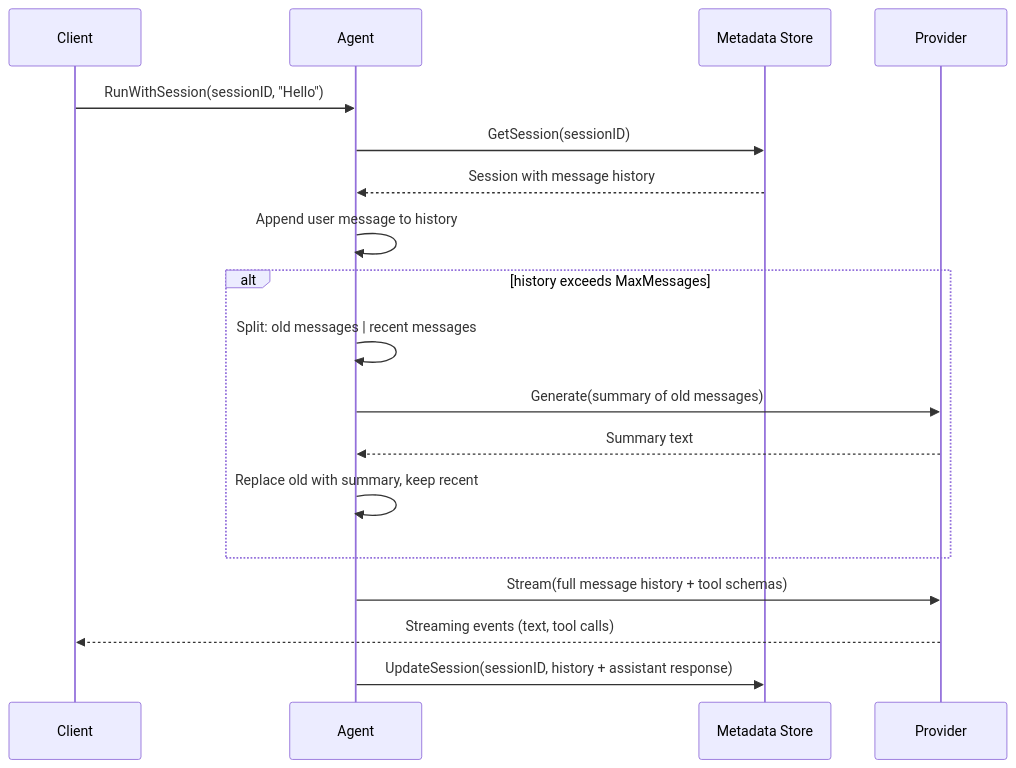
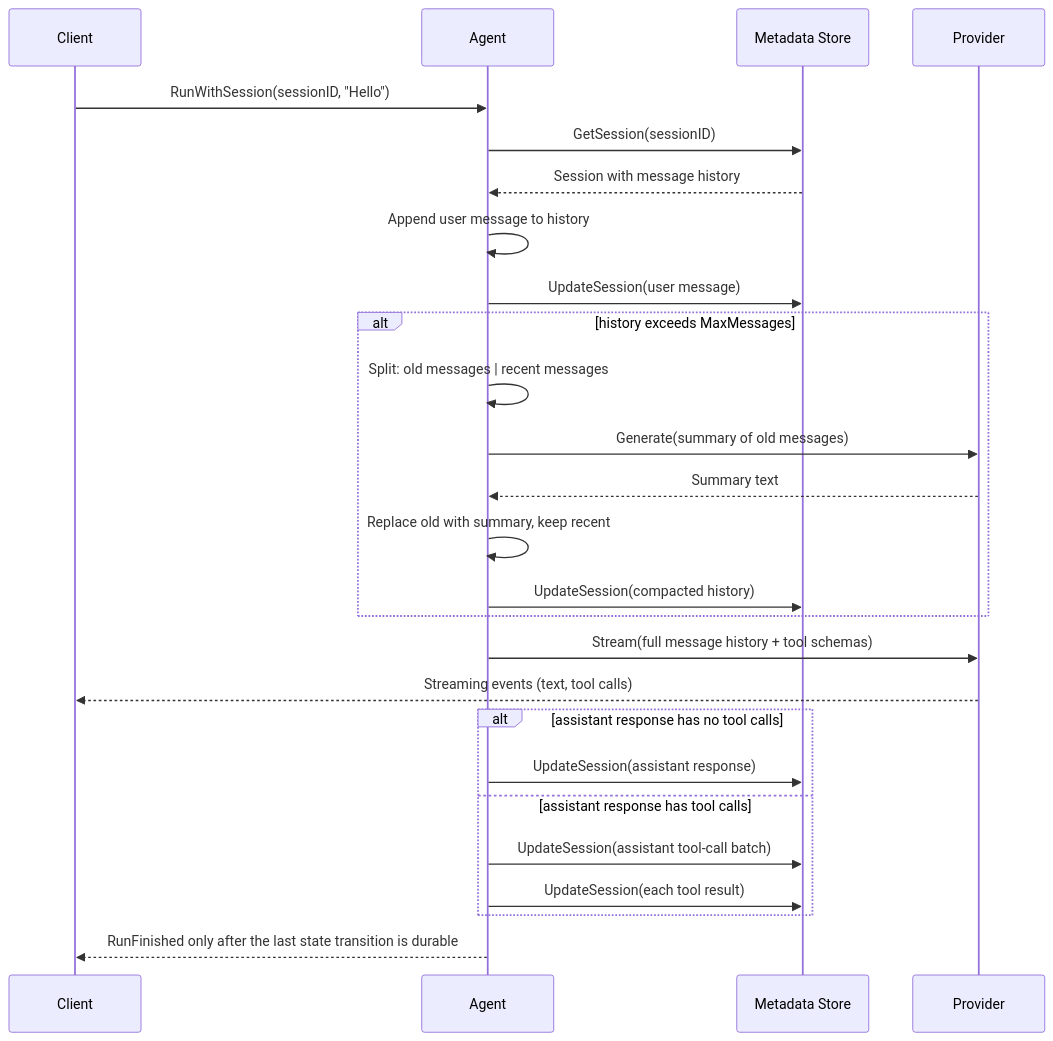
One commit to ratrektlabs/rakit changed the second of 5 diagrams in docs/ARCHITECTURE.md. Above: the diagram before and after it, drawn with Mermaid. The commit also changed other lines of this file and 29 other files, not shown here.

````diff
--- a/docs/ARCHITECTURE.md
+++ b/docs/ARCHITECTURE.md
@@ -70,25 +70,34 @@
 ```mermaid
 sequenceDiagram
     participant C as Client
     participant A as Agent
     participant S as Metadata Store
     participant P as Provider
 
     C->>A: RunWithSession(sessionID, "Hello")
     A->>S: GetSession(sessionID)
     S-->>A: Session with message history
 
     A->>A: Append user message to history
+    A->>S: UpdateSession(user message)
 
     alt history exceeds MaxMessages
         A->>A: Split: old messages | recent messages
         A->>P: Generate(summary of old messages)
         P-->>A: Summary text
         A->>A: Replace old with summary, keep recent
+        A->>S: UpdateSession(compacted history)
     end
 
     A->>P: Stream(full message history + tool schemas)
     P-->>C: Streaming events (text, tool calls)
 
-    A->>S: UpdateSession(sessionID, history + assistant response)
+    alt assistant response has no tool calls
+        A->>S: UpdateSession(assistant response)
+    else assistant response has tool calls
+        A->>S: UpdateSession(assistant tool-call batch)
+        A->>S: UpdateSession(each tool result)
+    end
+
+    A-->>C: RunFinished only after the last state transition is durable
 ```
````
